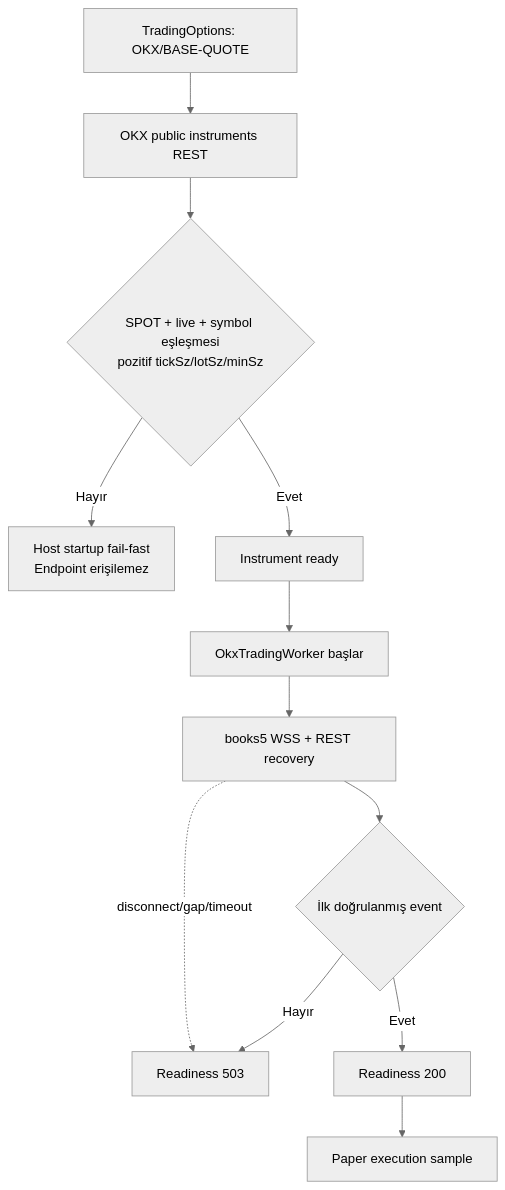
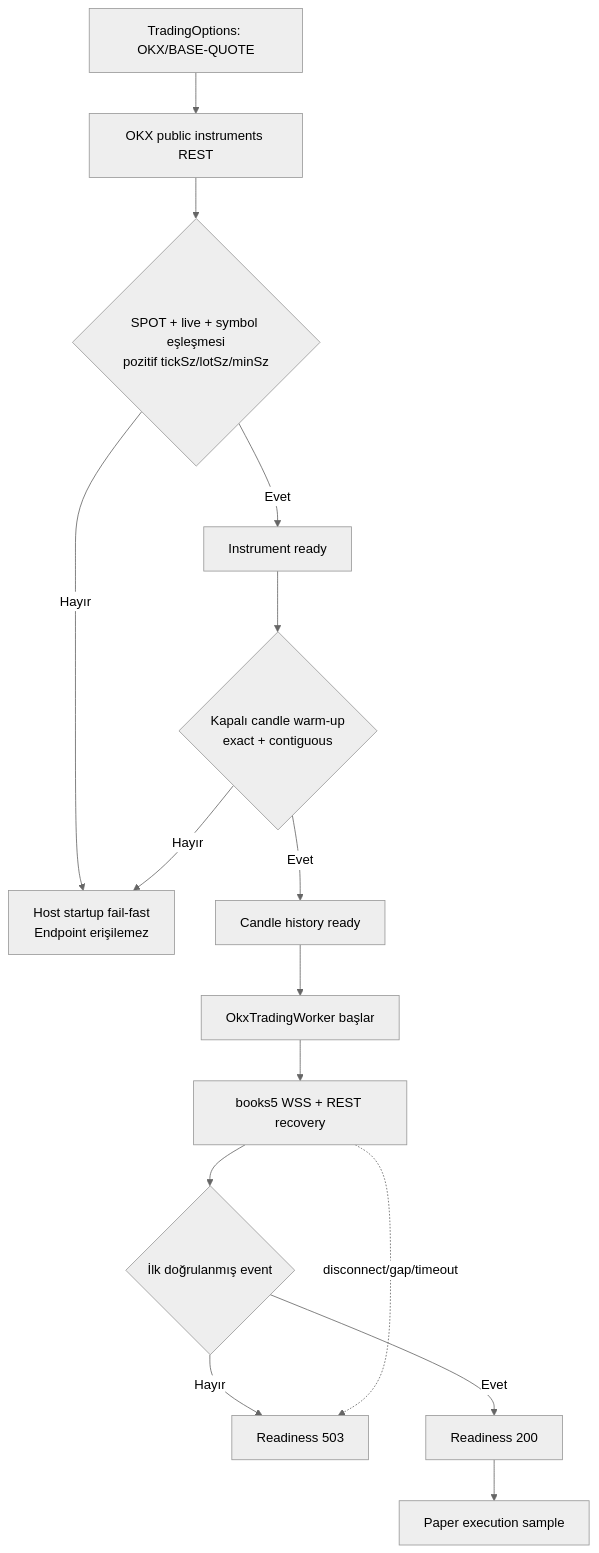
Before and after one commit to ozgenakincilar/TradingBot: diagram 21 of 23 in docs/09-diyagramlar.md, drawn with Mermaid (neutral theme). The commit also changed other lines of this file and 14 other files, not shown here.

First line of the commit message:
Gate OKX readiness on closed-candle warm-up

````diff
--- a/docs/09-diyagramlar.md
+++ b/docs/09-diyagramlar.md
@@ -475,14 +475,17 @@
 ```mermaid
 flowchart TD
     CFG[TradingOptions: OKX/BASE-QUOTE] --> CAT[OKX public instruments REST]
     CAT --> VALID{SPOT + live + symbol eşleşmesi\npozitif tickSz/lotSz/minSz}
     VALID -- Hayır --> STOP[Host startup fail-fast\nEndpoint erişilemez]
     VALID -- Evet --> IR[Instrument ready]
-    IR --> WORKER[OkxTradingWorker başlar]
+    IR --> WARMUP{Kapalı candle warm-up\nexact + contiguous}
+    WARMUP -- Hayır --> STOP
+    WARMUP -- Evet --> CR[Candle history ready]
+    CR --> WORKER[OkxTradingWorker başlar]
     WORKER --> WS[books5 WSS + REST recovery]
     WS --> EVENT{İlk doğrulanmış event}
     EVENT -- Hayır --> WAIT[Readiness 503]
     EVENT -- Evet --> READY[Readiness 200]
     READY --> PAPER[Paper execution sample]
     WS -. disconnect/gap/timeout .-> WAIT
 ```
````
